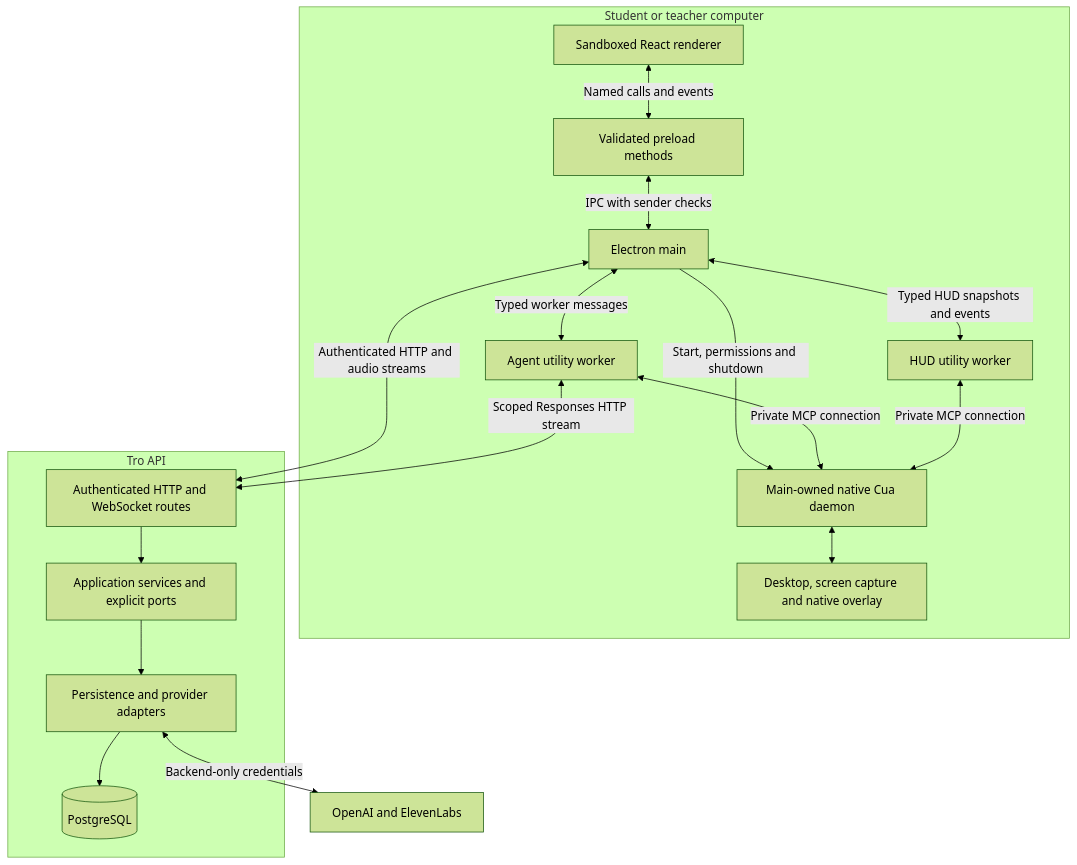
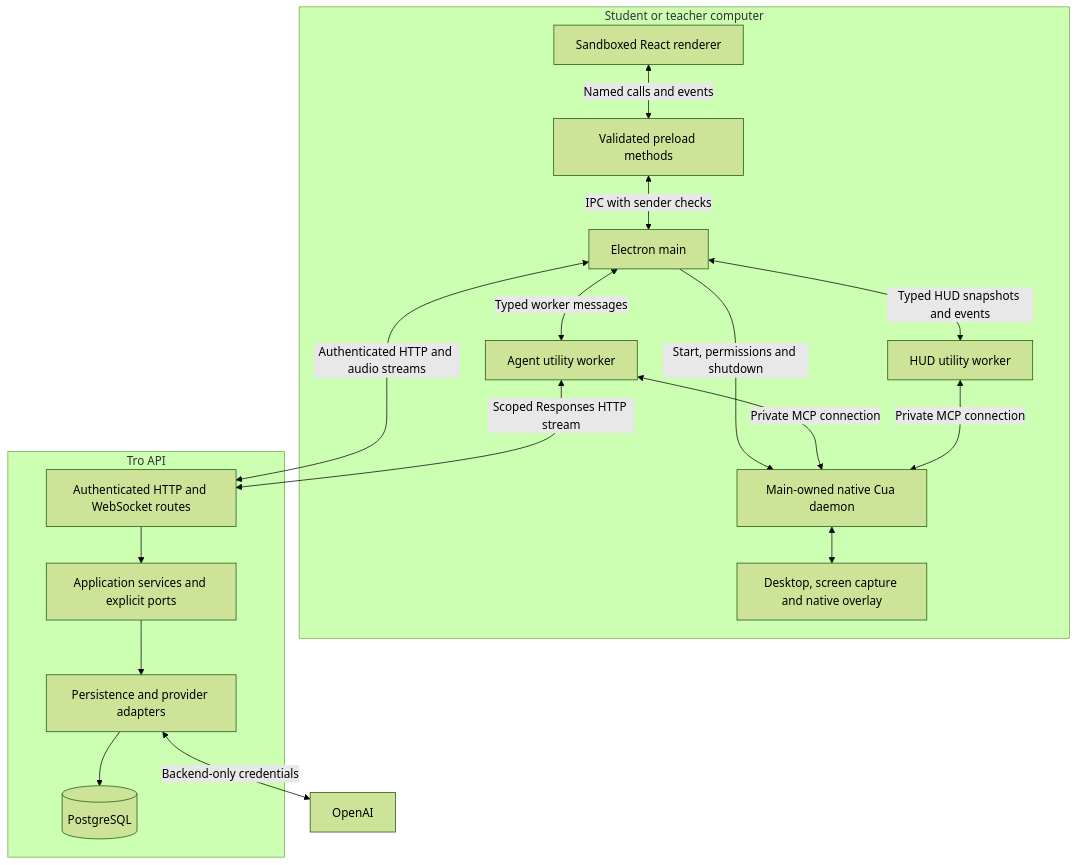
One commit to ducnguyen67201/TroApp changed the first of 5 diagrams in docs/Architecture.md. Above: the diagram before and after it, drawn with Mermaid (forest theme). The commit also changed other lines of this file and 56 other files, not shown here.

````diff
--- a/docs/Architecture.md
+++ b/docs/Architecture.md
@@ -29,30 +29,30 @@
 ```mermaid
 flowchart TB
   subgraph Device[Student or teacher computer]
     UI[Sandboxed React renderer]
     Bridge[Validated preload methods]
     Main[Electron main]
     Task[Agent utility worker]
     HUD[HUD utility worker]
     Native[Main-owned native Cua daemon]
     OS[Desktop, screen capture and native overlay]
     UI <-->|Named calls and events| Bridge
     Bridge <-->|IPC with sender checks| Main
     Main <-->|Typed worker messages| Task
     Main <-->|Typed HUD snapshots and events| HUD
     Main -->|Start, permissions and shutdown| Native
     Task <-->|Private MCP connection| Native
     HUD <-->|Private MCP connection| Native
     Native <--> OS
   end
   subgraph Backend[Tro API]
     Routes[Authenticated HTTP and WebSocket routes]
     Services[Application services and explicit ports]
     Adapters[Persistence and provider adapters]
     DB[(PostgreSQL)]
     Routes --> Services --> Adapters --> DB
   end
   Main <-->|Authenticated HTTP and audio streams| Routes
   Task <-->|Scoped Responses HTTP stream| Routes
-  Adapters <-->|Backend-only credentials| Providers[OpenAI and ElevenLabs]
+  Adapters <-->|Backend-only credentials| Providers[OpenAI]
 ```
````
